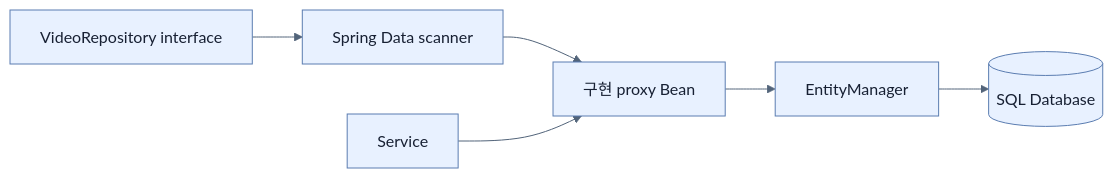
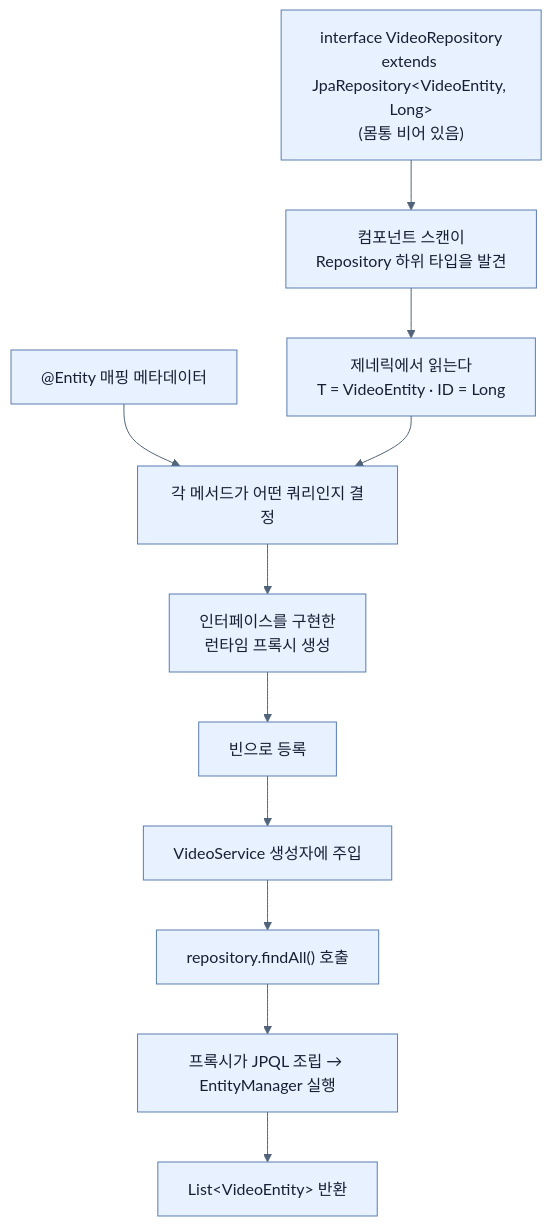
One commit to sing-u8/Learning_Spring_Boot_4 changed the diagram in spring-boot-4-pdf-notes/part-2-creating-an-application-with-spring-boot/chapter-3-querying-for-data-with-spring-boot/03-creating-repositories-and-declarative-queries.md. Above: the diagram before and after it, drawn with Mermaid. The commit also changed other lines of this file and 253 other files, not shown here.

````diff
--- a/spring-boot-4-pdf-notes/part-2-creating-an-application-with-spring-boot/chapter-3-querying-for-data-with-spring-boot/03-creating-repositories-and-declarative-queries.md
+++ b/spring-boot-4-pdf-notes/part-2-creating-an-application-with-spring-boot/chapter-3-querying-for-data-with-spring-boot/03-creating-repositories-and-declarative-queries.md
@@ -28,9 +161,14 @@
 ```mermaid
 %%{init: {'theme': 'base', 'themeVariables': {'background': '#ffffff', 'primaryColor': '#e8f1ff', 'primaryTextColor': '#172033', 'primaryBorderColor': '#5b7db1', 'lineColor': '#52647a', 'secondaryColor': '#f7fbff', 'tertiaryColor': '#fff7df'}}}%%
-flowchart LR
-    I[VideoRepository interface] --> S[Spring Data scanner]
-    S --> P[구현 proxy Bean]
-    P --> E[EntityManager]
-    E --> DB[(SQL Database)]
-    C[Service] --> P
+flowchart TD
+    I["interface VideoRepository<br/>extends JpaRepository&lt;VideoEntity, Long&gt;<br/>(몸통 비어 있음)"] --> S["컴포넌트 스캔이<br/>Repository 하위 타입을 발견"]
+    S --> G["제네릭에서 읽는다<br/>T = VideoEntity · ID = Long"]
+    E["@Entity 매핑 메타데이터"] --> Q["각 메서드가 어떤 쿼리인지 결정"]
+    G --> Q
+    Q --> P["인터페이스를 구현한<br/>런타임 프록시 생성"]
+    P --> B["빈으로 등록"]
+    B --> U["VideoService 생성자에 주입"]
+    U --> C["repository.findAll() 호출"]
+    C --> J["프록시가 JPQL 조립 → EntityManager 실행"]
+    J --> R["List&lt;VideoEntity&gt; 반환"]
 ```
````
